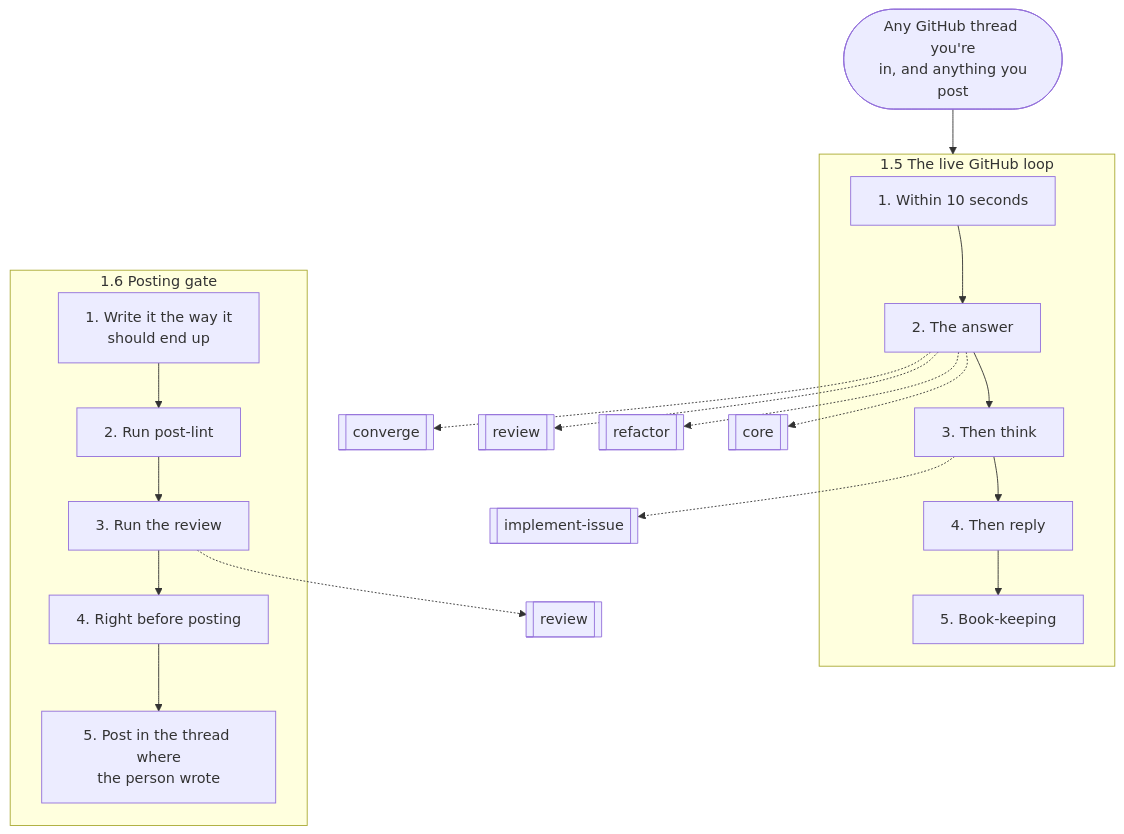
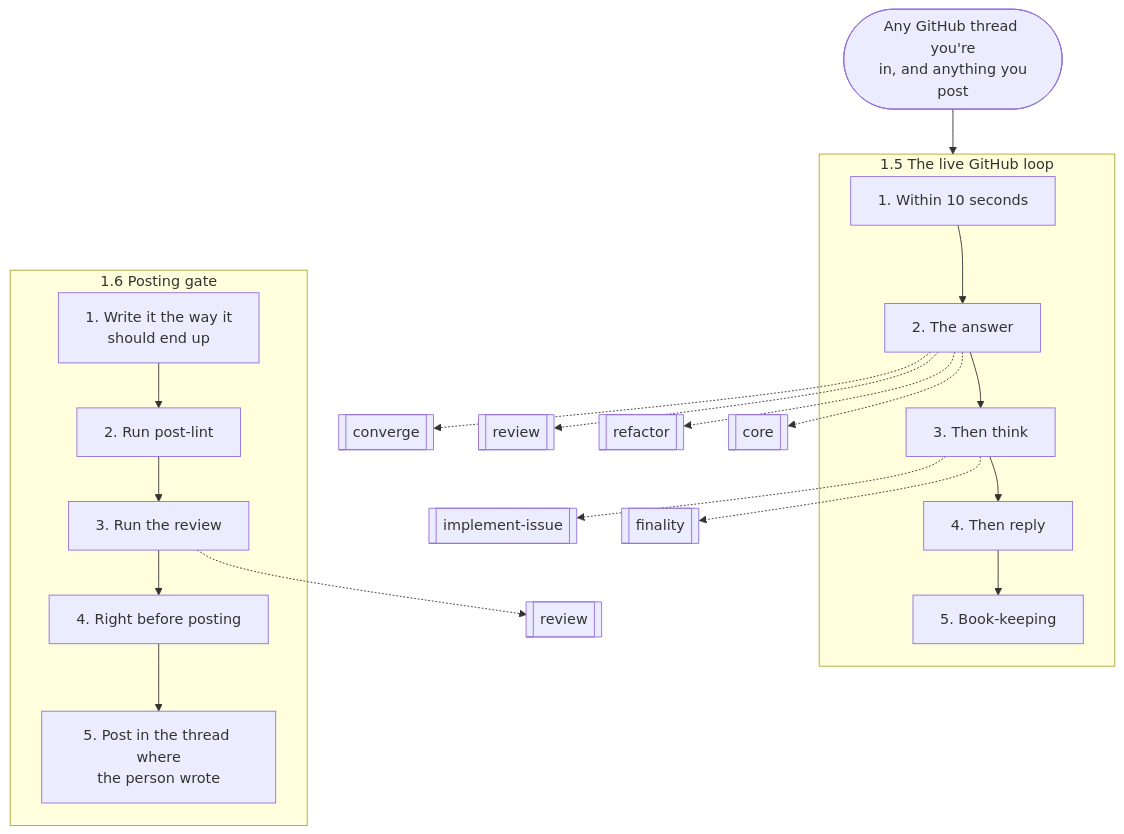
One commit to nitedani/mergeworthy changed the third of 16 diagrams in docs/graphs.md. Above: the diagram before and after it, drawn with Mermaid. The commit also changed other lines of this file and 4 other files, not shown here.

````diff
--- a/docs/graphs.md
+++ b/docs/graphs.md
@@ -101,34 +101,35 @@
 ```mermaid
 flowchart TB
   start(["Any GitHub thread you're<br/>in, and anything you<br/>post"])
   subgraph g0["1.5 The live GitHub loop"]
     s0["1. Within 10 seconds"]
     s1["2. The answer"]
     s0 --> s1
     s2["3. Then think"]
     s1 --> s2
     s3["4. Then reply"]
     s2 --> s3
     s4["5. Book-keeping"]
     s3 --> s4
   end
   s1 -.-> r1[["converge"]]
   s1 -.-> r2[["review"]]
   s1 -.-> r3[["refactor"]]
   s1 -.-> r4[["core"]]
   s2 -.-> r5[["implement-issue"]]
+  s2 -.-> r6[["finality"]]
   subgraph g1["1.6 Posting gate"]
     s5["1. Write it the way it<br/>should end up"]
     s6["2. Run post-lint"]
     s5 --> s6
     s7["3. Run the review"]
     s6 --> s7
     s8["4. Right before posting"]
     s7 --> s8
     s9["5. Post in the thread where<br/>the person wrote"]
     s8 --> s9
   end
-  s7 -.-> r6[["review"]]
+  s7 -.-> r7[["review"]]
   start --> g0
   g0 ~~~ g1
 ```
````
